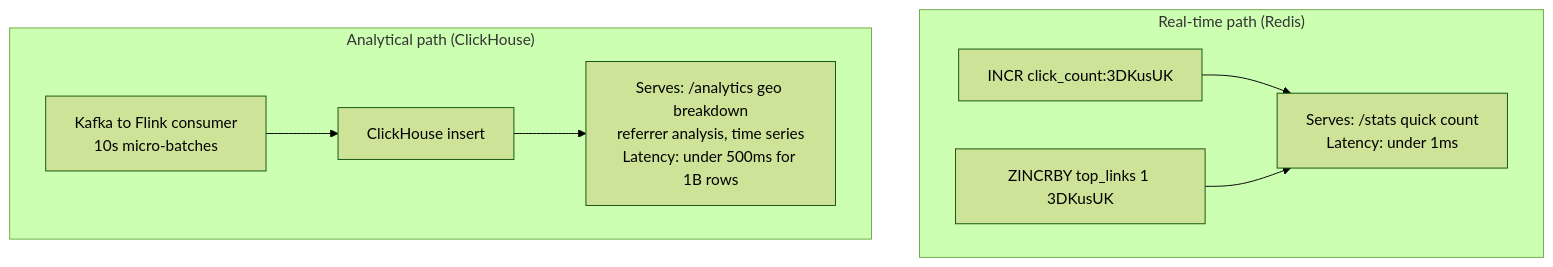
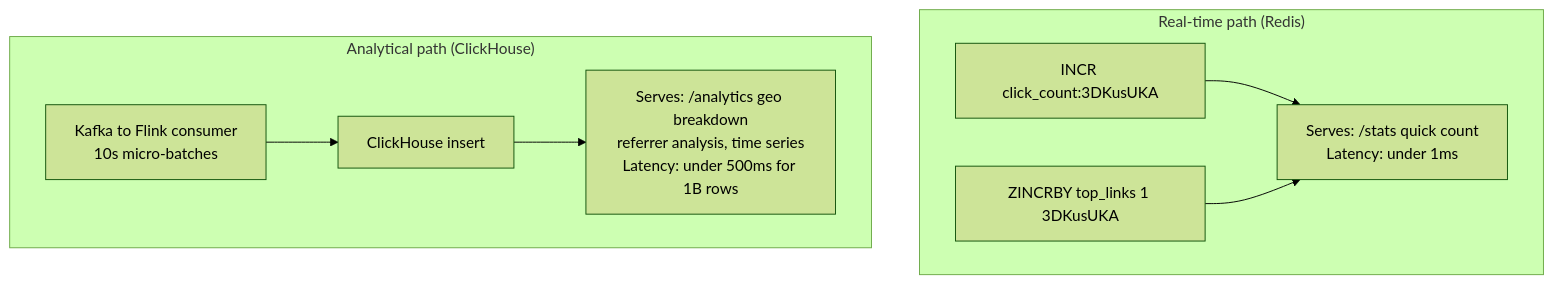
Before and after one commit to hemantkgupta/url-shortener: diagram 18 of 23 in url-shortener-system-design-1.md, drawn with Mermaid (forest theme). The commit also changed other lines of this file and 156 other files, not shown here.

````diff
--- a/url-shortener-system-design-1.md
+++ b/url-shortener-system-design-1.md
@@ -814,17 +948,17 @@
 ```mermaid
 flowchart TB
     subgraph "Real-time path (Redis)"
-        R1["INCR click_count:3DKusUK"]
-        R2["ZINCRBY top_links 1 3DKusUK"]
+        R1["INCR click_count:3DKusUKA"]
+        R2["ZINCRBY top_links 1 3DKusUKA"]
         R3["Serves: /stats quick count<br/>Latency: under 1ms"]
         R1 --> R3
         R2 --> R3
     end
 
     subgraph "Analytical path (ClickHouse)"
         C1["Kafka to Flink consumer<br/>10s micro-batches"]
         C2["ClickHouse insert"]
         C3["Serves: /analytics geo breakdown<br/>referrer analysis, time series<br/>Latency: under 500ms for 1B rows"]
         C1 --> C2 --> C3
     end
 ```
````
